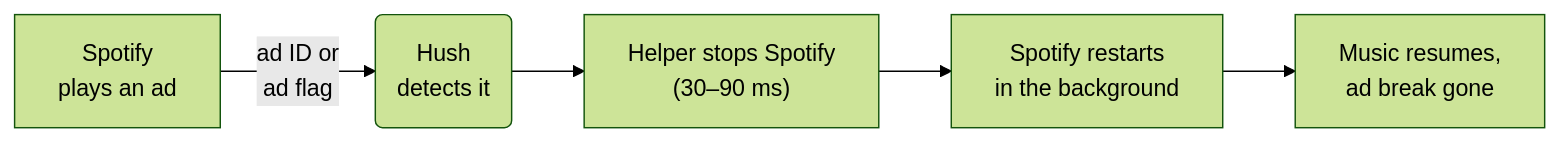
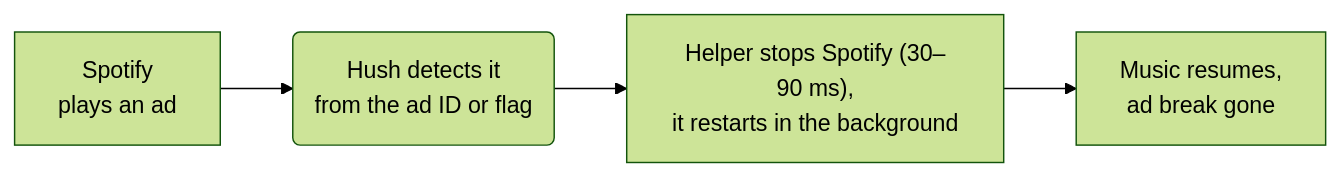
The second of 3 diagrams in README.md (coldMEW/Hush), drawn with Mermaid (forest theme) before and after one commit. The commit also changed other lines of this file, not shown here.

Commit message:
README: tidy the diagrams

````diff
--- a/README.md
+++ b/README.md
@@ -72,7 +72,6 @@
 ```mermaid
 flowchart LR
-    A["Spotify<br/>plays an ad"] -->|"ad ID or<br/>ad flag"| B("Hush<br/>detects it")
-    B --> C["Helper stops Spotify<br/>(30–90 ms)"]
-    C --> D["Spotify restarts<br/>in the background"]
-    D --> E["Music resumes,<br/>ad break gone"]
+    A["Spotify<br/>plays an ad"] --> B("Hush detects it<br/>from the ad ID or flag")
+    B --> C["Helper stops Spotify (30–90 ms),<br/>it restarts in the background"]
+    C --> D["Music resumes,<br/>ad break gone"]
 ```
````
